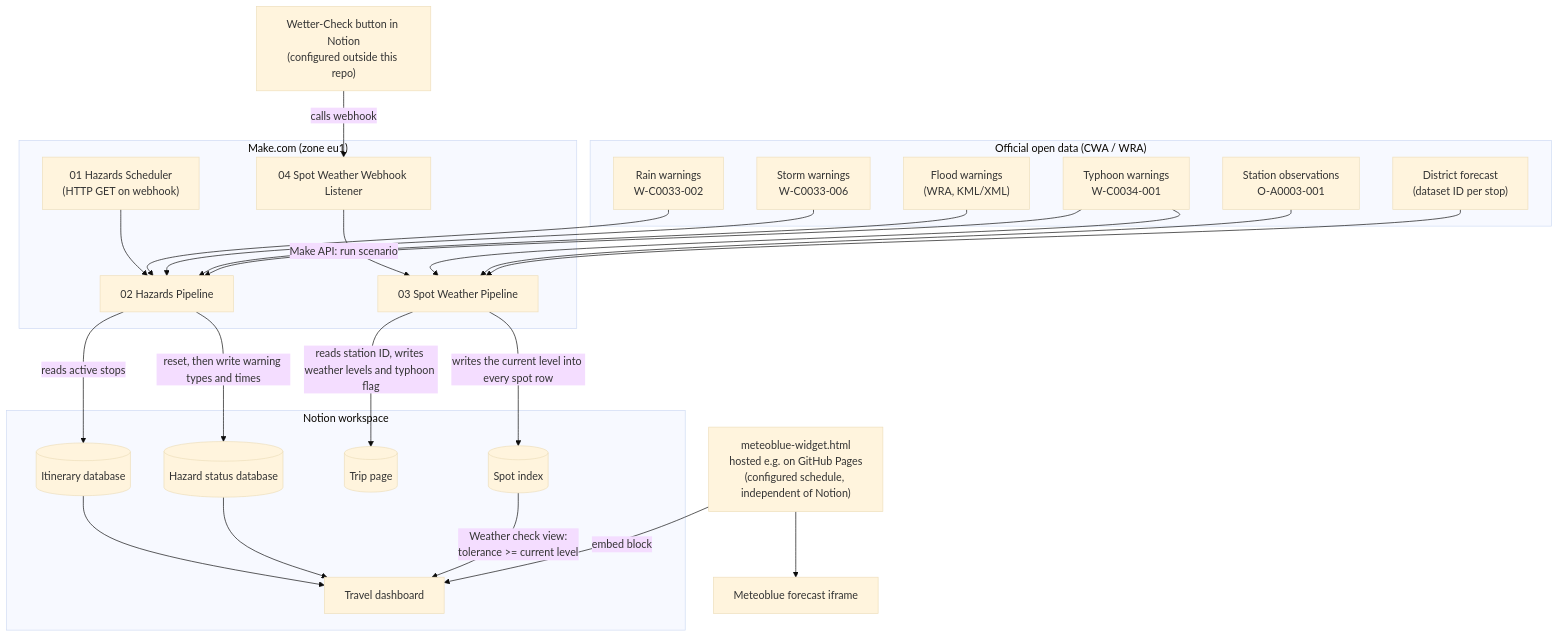
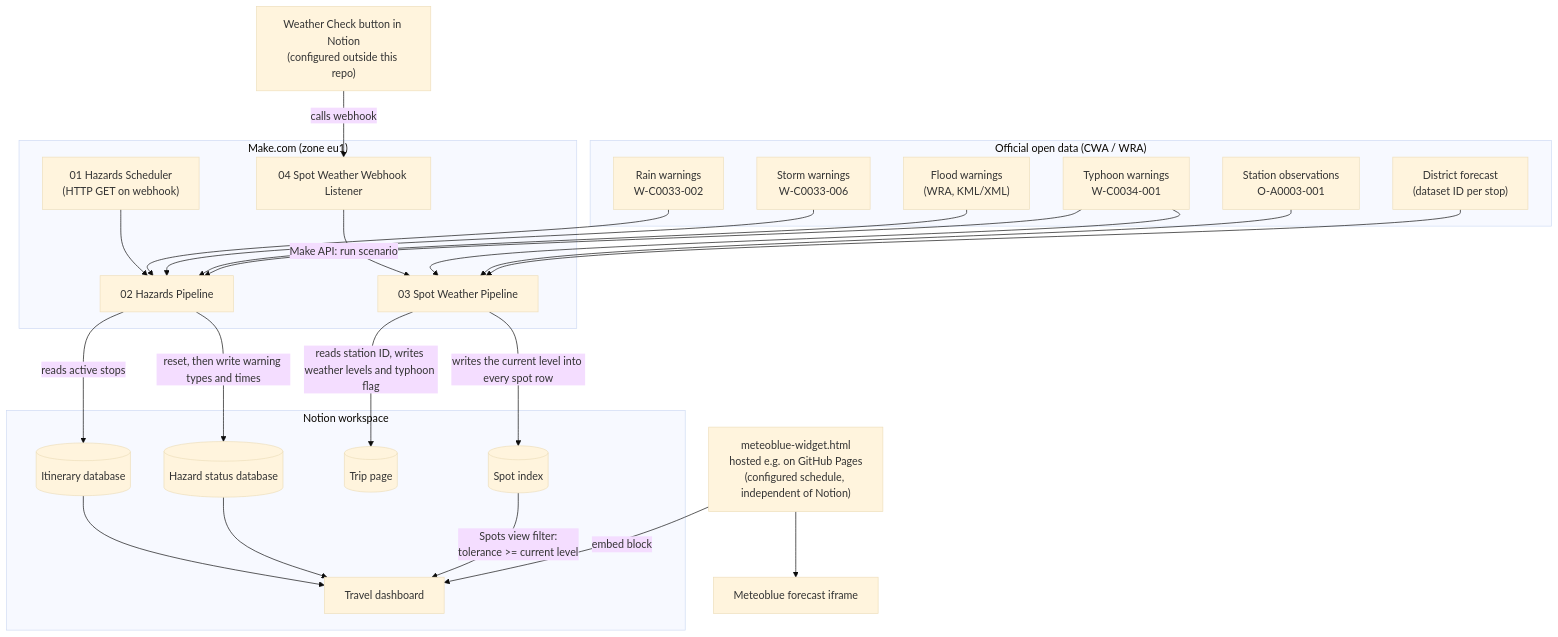
The first of 4 diagrams in README.md (bisch2306/travel-weather-intelligence-system), drawn with Mermaid (base theme) before and after one commit. The commit also changed other lines of this file and 1 other file, not shown here.

````diff
--- a/README.md
+++ b/README.md
@@ -22,44 +22,44 @@
 ```mermaid
 graph TD
     subgraph SRC["Official open data (CWA / WRA)"]
         A1["Rain warnings<br/>W-C0033-002"]
         A2["Storm warnings<br/>W-C0033-006"]
         A3["Flood warnings<br/>(WRA, KML/XML)"]
         A4["Typhoon warnings<br/>W-C0034-001"]
         A5["Station observations<br/>O-A0003-001"]
         A6["District forecast<br/>(dataset ID per stop)"]
     end
 
     subgraph Make["Make.com (zone eu1)"]
         S1["01 Hazards Scheduler<br/>(HTTP GET on webhook)"] --> H["02 Hazards Pipeline"]
         W1["04 Spot Weather Webhook Listener"] -->|"Make API: run scenario"| P["03 Spot Weather Pipeline"]
     end
 
-    T["Wetter-Check button in Notion<br/>(configured outside this repo)"] -->|"calls webhook"| W1
+    T["Weather Check button in Notion<br/>(configured outside this repo)"] -->|"calls webhook"| W1
 
     subgraph Notion["Notion workspace"]
         HD[("Hazard status database")]
         ID[("Itinerary database")]
         TR[("Trip page")]
         SP[("Spot index")]
         DB["Travel dashboard"]
     end
 
     A1 --> H
     A2 --> H
     A3 --> H
     A4 --> H
     A4 --> P
     A5 --> P
     A6 --> P
     H -->|"reads active stops"| ID
     H -->|"reset, then write warning types and times"| HD
     P -->|"reads station ID, writes weather levels and typhoon flag"| TR
     P -->|"writes the current level into every spot row"| SP
     ID --> DB
     HD --> DB
-    SP -->|"Weather check view:<br/>tolerance >= current level"| DB
+    SP -->|"Spots view filter:<br/>tolerance >= current level"| DB
 
     WG["meteoblue-widget.html<br/>hosted e.g. on GitHub Pages<br/>(configured schedule, independent of Notion)"] -->|"embed block"| DB
     WG --> MB["Meteoblue forecast iframe"]
 ```
````
